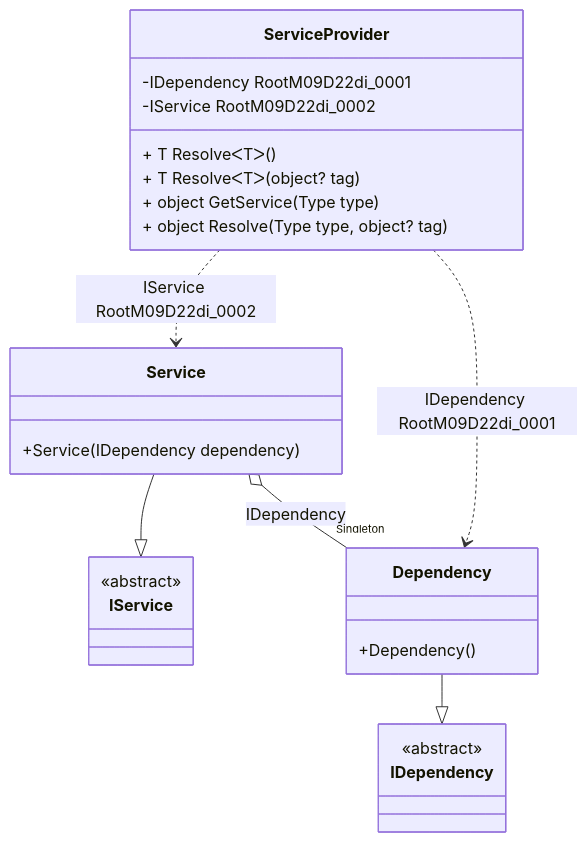
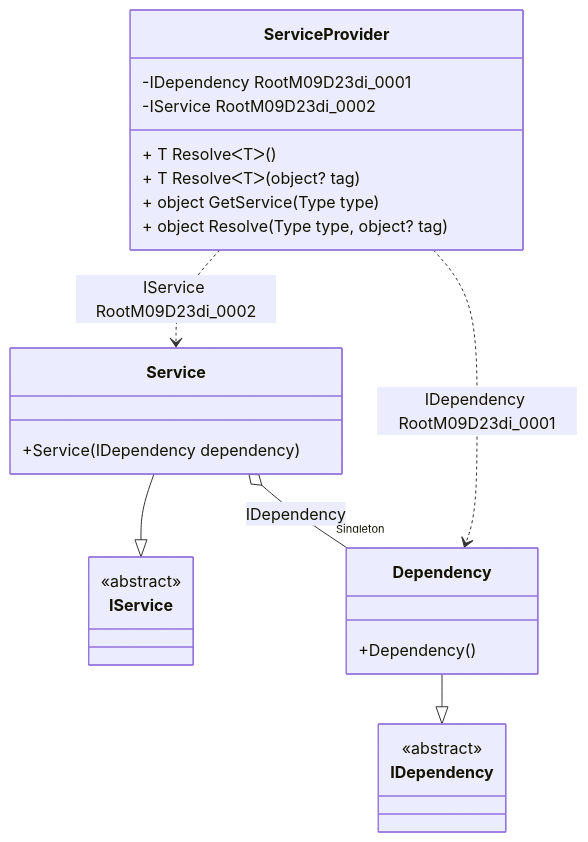
The diagram in readme/service-provider.md (DevTeam/Pure.DI), drawn with Mermaid before and after one commit. The commit also changed other lines of this file and 71 other files, not shown here.

Commit message:
Optimization of flow-safety of object creation within the composition of objects

````diff
--- a/readme/service-provider.md
+++ b/readme/service-provider.md
@@ -50,28 +50,28 @@
 ```mermaid
 classDiagram
   class ServiceProvider {
-    -IDependency RootM09D22di_0001
-    -IService RootM09D22di_0002
+    -IDependency RootM09D23di_0001
+    -IService RootM09D23di_0002
     + T ResolveᐸTᐳ()
     + T ResolveᐸTᐳ(object? tag)
     + object GetService(Type type)
     + object Resolve(Type type, object? tag)
   }
   Service --|> IService : 
   class Service {
     +Service(IDependency dependency)
   }
   Dependency --|> IDependency : 
   class Dependency {
     +Dependency()
   }
   class IService {
     <<abstract>>
   }
   class IDependency {
     <<abstract>>
   }
   Service o--  "Singleton" Dependency : IDependency
-  ServiceProvider ..> Dependency : IDependency RootM09D22di_0001
-  ServiceProvider ..> Service : IService RootM09D22di_0002
+  ServiceProvider ..> Dependency : IDependency RootM09D23di_0001
+  ServiceProvider ..> Service : IService RootM09D23di_0002
 ```
````
